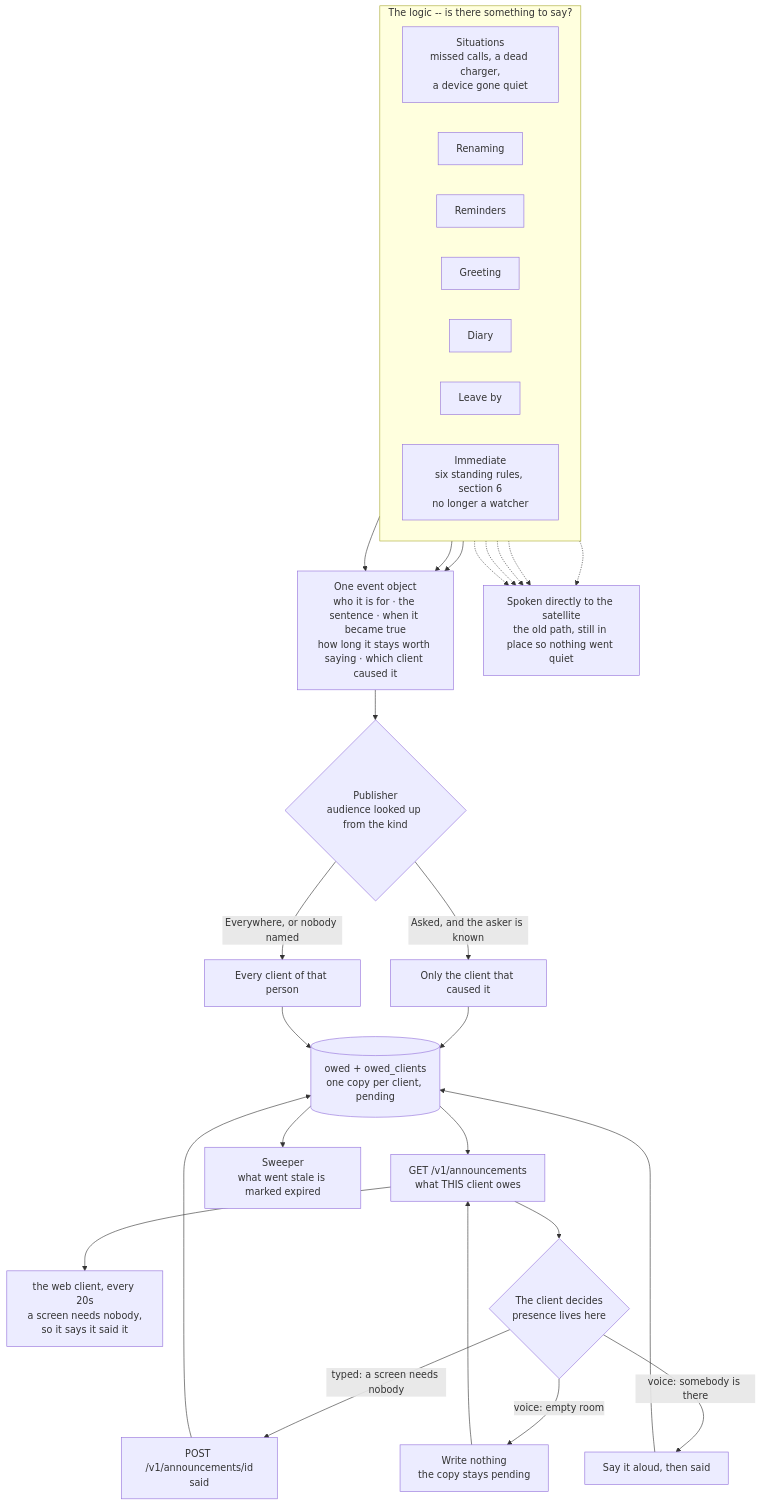
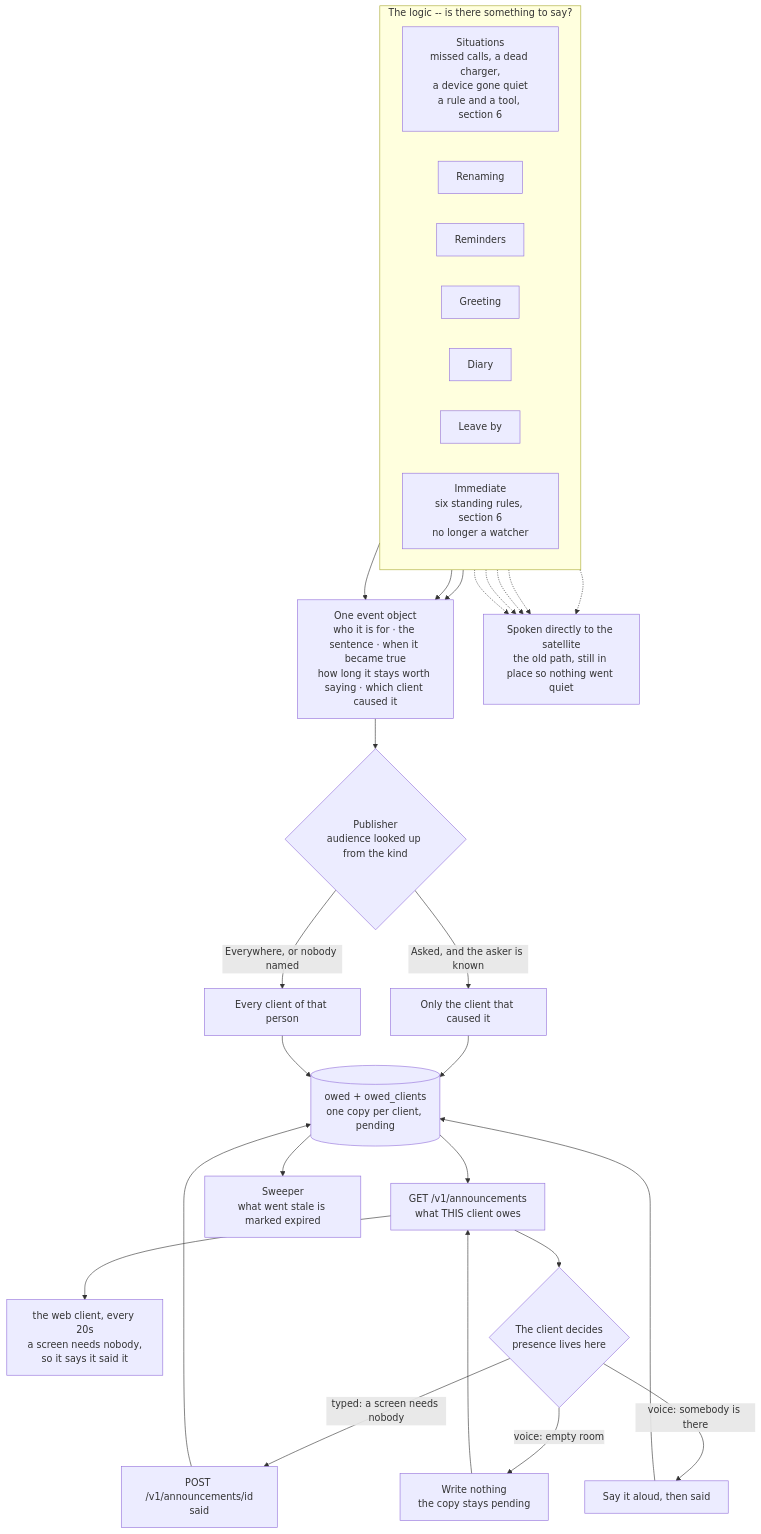
One commit to DhanushRamesh/personal-assistant changed the third of 5 diagrams in FEATURES.md. Above: the diagram before and after it, drawn with Mermaid. The commit also changed other lines of this file and 6 other files, not shown here.

````diff
--- a/FEATURES.md
+++ b/FEATURES.md
@@ -93,47 +94,47 @@
 ```mermaid
 flowchart TB
     subgraph L["The logic -- is there something to say?"]
         direction LR
-        SI["Situations<br/>missed calls, a dead charger,<br/>a device gone quiet"]
+        SI["Situations<br/>missed calls, a dead charger,<br/>a device gone quiet<br/>a rule and a tool, section 6"]
         RN["Renaming"]
         RM["Reminders"]
         GR["Greeting"]
         CO["Diary"]
         LV["Leave by"]
         IM["Immediate<br/>six standing rules, section 6<br/>no longer a watcher"]
     end
 
     SI --> EV
     RN --> EV
     RM -.-> OLD
     GR -.-> OLD
     CO -.-> OLD
     LV -.-> OLD
     IM --> EV
     RN -.-> OLD
 
     EV["One event object<br/>who it is for · the sentence · when it became true<br/>how long it stays worth saying · which client caused it"]
     EV --> PUB{"Publisher<br/>audience looked up from the kind"}
 
     PUB -- "Asked, and the asker is known" --> ONE["Only the client that caused it"]
     PUB -- "Everywhere, or nobody named" --> ALL["Every client of that person"]
 
     ONE --> DB
     ALL --> DB
     DB[("owed + owed_clients<br/>one copy per client, pending")]
 
     DB --> GET["GET /v1/announcements<br/>what THIS client owes"]
     GET --> WEBCLIENT["the web client, every 20s<br/>a screen needs nobody,<br/>so it says it said it"]
     GET --> CL{"The client decides<br/>presence lives here"}
 
     CL -- "typed: a screen needs nobody" --> MARK["POST /v1/announcements/id<br/>said"]
     CL -- "voice: somebody is there" --> SAY["Say it aloud, then said"]
     CL -- "voice: empty room" --> KEEP["Write nothing<br/>the copy stays pending"]
     KEEP --> GET
 
     MARK --> DB
     SAY --> DB
     DB --> SW["Sweeper<br/>what went stale is marked expired"]
 
     OLD["Spoken directly to the satellite<br/>the old path, still in place so nothing went quiet"]
 ```
````
